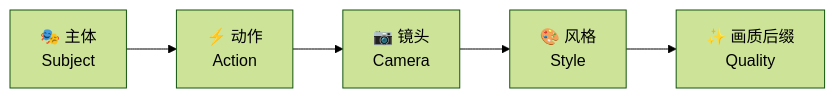
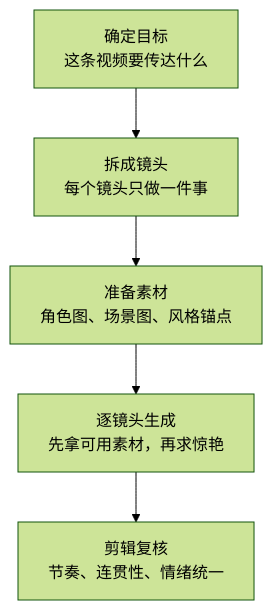
The first of 2 diagrams in content/posts/video/seedance-2-video-production-guide.md (A1pha3/text-matrix), drawn with Mermaid (forest theme) before and after one commit. The commit also changed other lines of this file and 1 other file, not shown here.

````diff
--- a/content/posts/video/seedance-2-video-production-guide.md
+++ b/content/posts/video/seedance-2-video-production-guide.md
@@ -71,7 +82,7 @@
 ```mermaid
-graph LR
-    A["🎭 主体<br/>Subject"] --> B["⚡ 动作<br/>Action"]
-    B --> C["📷 镜头<br/>Camera"]
-    C --> D["🎨 风格<br/>Style"]
-    D --> E["✨ 画质后缀<br/>Quality"]
+graph TD
+    A["确定目标<br/>这条视频要传达什么"] --> B["拆成镜头<br/>每个镜头只做一件事"]
+    B --> C["准备素材<br/>角色图、场景图、风格锚点"]
+    C --> D["逐镜头生成<br/>先拿可用素材，再求惊艳"]
+    D --> E["剪辑复核<br/>节奏、连贯性、情绪统一"]
 ```
````
